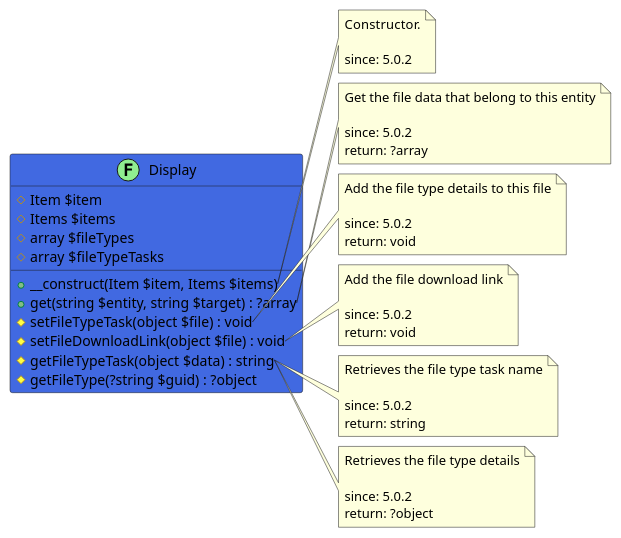
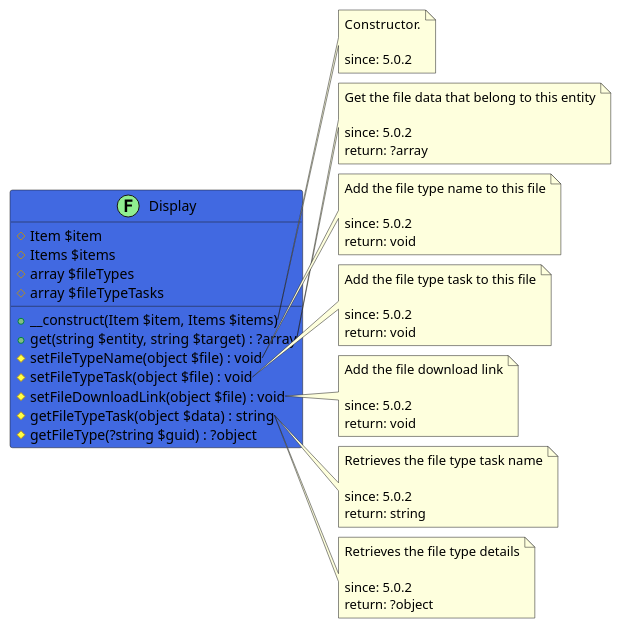
Before and after one commit to joomengine/super-powers: the diagram in src/d46c4667-378b-49e8-9782-ffb28d92415a/README.md, drawn with PlantUML. The commit also changed 11 other files, not shown here.

````diff
--- a/src/d46c4667-378b-49e8-9782-ffb28d92415a/README.md
+++ b/src/d46c4667-378b-49e8-9782-ffb28d92415a/README.md
@@ -12,58 +12,66 @@
 ```uml
 @startuml
 class Display << (F,LightGreen) >> #RoyalBlue {
   # Item $item
   # Items $items
   # array $fileTypes
   # array $fileTypeTasks
   + __construct(Item $item, Items $items)
   + get(string $entity, string $target) : ?array
+  # setFileTypeName(object $file) : void
   # setFileTypeTask(object $file) : void
   # setFileDownloadLink(object $file) : void
   # getFileTypeTask(object $data) : string
   # getFileType(?string $guid) : ?object
 }
 
 note right of Display::__construct
   Constructor.
 
   since: 5.0.2
 end note
 
 note right of Display::get
   Get the file data that belong to this entity
 
   since: 5.0.2
   return: ?array
 end note
 
+note right of Display::setFileTypeName
+  Add the file type name to this file
+
+  since: 5.0.2
+  return: void
+end note
+
 note right of Display::setFileTypeTask
-  Add the file type details to this file
+  Add the file type task to this file
 
   since: 5.0.2
   return: void
 end note
 
 note right of Display::setFileDownloadLink
   Add the file download link
 
   since: 5.0.2
   return: void
 end note
 
 note right of Display::getFileTypeTask
   Retrieves the file type task name
 
   since: 5.0.2
   return: string
 end note
 
 note right of Display::getFileType
   Retrieves the file type details
 
   since: 5.0.2
   return: ?object
 end note
  
 @enduml
 ```
````
